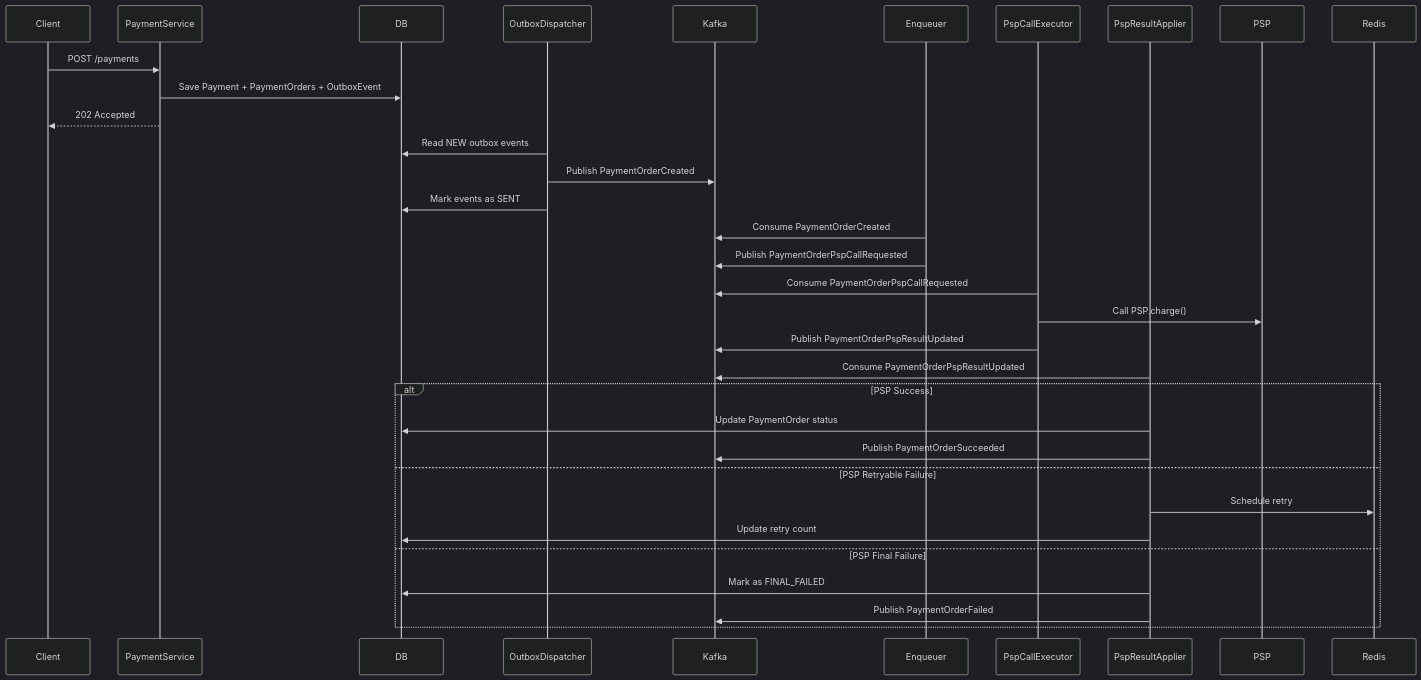
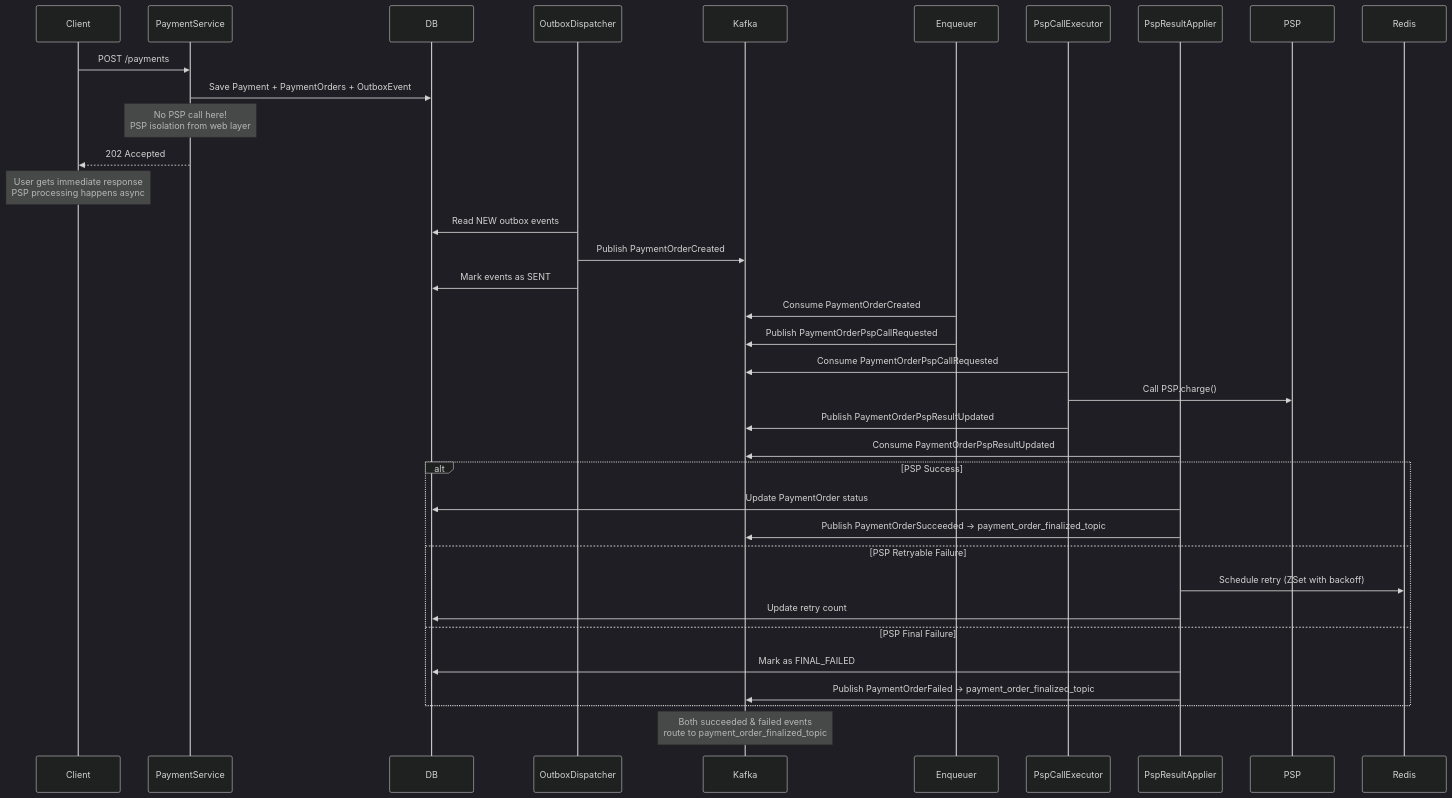
The eighth of 12 diagrams in docs/architecture-internal-reader.md (dcaglar/ecommerce-platform-kotlin), drawn with Mermaid (dark theme) before and after one commit. The commit also changed other lines of this file and 3 other files, not shown here.

````diff
--- a/docs/architecture-internal-reader.md
+++ b/docs/architecture-internal-reader.md
@@ -179,39 +494,42 @@
 ```mermaid
 sequenceDiagram
     participant Client
     participant PaymentService
     participant DB
     participant OutboxDispatcher
     participant Kafka
     participant Enqueuer
     participant PspCallExecutor
     participant PspResultApplier
     participant PSP
 
     Client->>PaymentService: POST /payments
     PaymentService->>DB: Save Payment + PaymentOrders + OutboxEvent
+    Note over PaymentService: No PSP call here!<br/>PSP isolation from web layer
     PaymentService-->>Client: 202 Accepted
+    Note over Client: User gets immediate response<br/>PSP processing happens async
     
     OutboxDispatcher->>DB: Read NEW outbox events
     OutboxDispatcher->>Kafka: Publish PaymentOrderCreated
     OutboxDispatcher->>DB: Mark events as SENT
     
     Enqueuer->>Kafka: Consume PaymentOrderCreated
     Enqueuer->>Kafka: Publish PaymentOrderPspCallRequested
     
     PspCallExecutor->>Kafka: Consume PaymentOrderPspCallRequested
     PspCallExecutor->>PSP: Call PSP.charge()
     PspCallExecutor->>Kafka: Publish PaymentOrderPspResultUpdated
     
     PspResultApplier->>Kafka: Consume PaymentOrderPspResultUpdated
     alt PSP Success
         PspResultApplier->>DB: Update PaymentOrder status
-        PspResultApplier->>Kafka: Publish PaymentOrderSucceeded
+        PspResultApplier->>Kafka: Publish PaymentOrderSucceeded → payment_order_finalized_topic
     else PSP Retryable Failure
-        PspResultApplier->>Redis: Schedule retry
+        PspResultApplier->>Redis: Schedule retry (ZSet with backoff)
         PspResultApplier->>DB: Update retry count
     else PSP Final Failure
         PspResultApplier->>DB: Mark as FINAL_FAILED
-        PspResultApplier->>Kafka: Publish PaymentOrderFailed
+        PspResultApplier->>Kafka: Publish PaymentOrderFailed → payment_order_finalized_topic
     end
+    Note over Kafka: Both succeeded & failed events<br/>route to payment_order_finalized_topic
 ```
````
